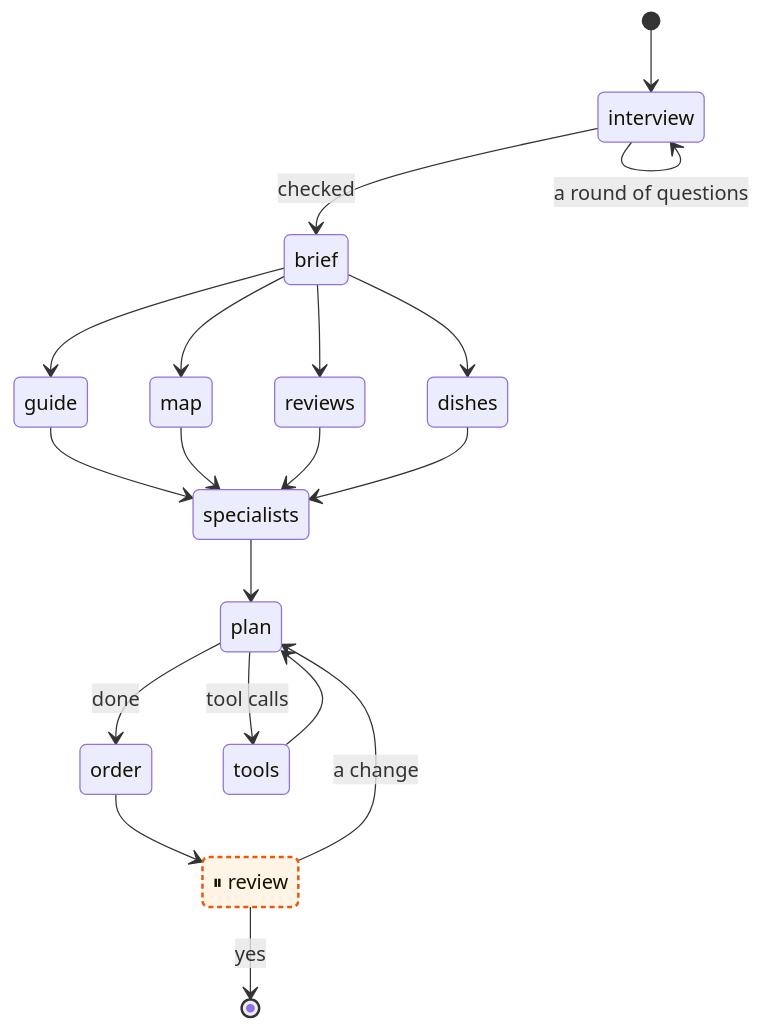
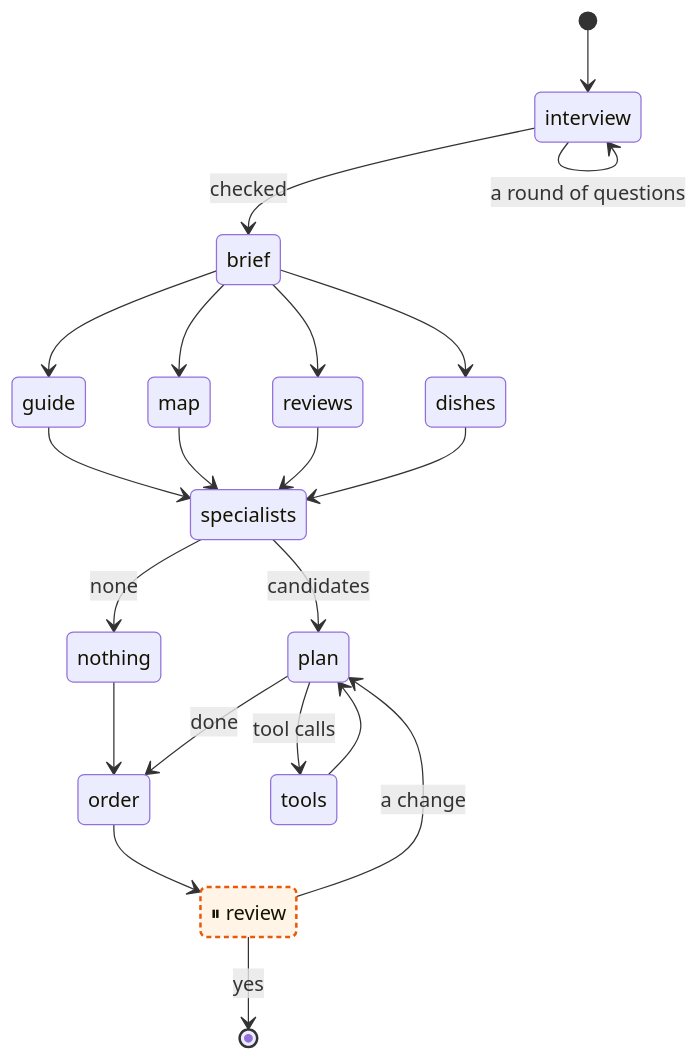
Before and after one commit to deeptelar/telar-foodie: the diagram in README.md, drawn with Mermaid. The commit also changed other lines of this file and 10 other files, not shown here.

````diff
--- a/README.md
+++ b/README.md
@@ -29,34 +29,37 @@
 ```mermaid
 stateDiagram-v2
     state "interview" as n0
     state "brief" as n1
     state "guide" as n2
     state "map" as n3
     state "reviews" as n4
     state "dishes" as n5
     state "specialists" as n6
     state "order" as n7
     state "⏸ review" as n8
-    state "plan" as n9
-    state "tools" as n10
+    state "nothing" as n9
+    state "plan" as n10
+    state "tools" as n11
     [*] --> n0
     n0 --> n0 : a round of questions
     n0 --> n1 : checked
     n1 --> n2
     n1 --> n3
     n1 --> n4
     n1 --> n5
     n2 --> n6
     n3 --> n6
     n4 --> n6
     n5 --> n6
-    n6 --> n9
+    n6 --> n10 : candidates
+    n6 --> n9 : none
     n7 --> n8
-    n8 --> n9 : a change
+    n8 --> n10 : a change
     n8 --> [*] : yes
-    n9 --> n10 : tool calls
-    n9 --> n7 : done
-    n10 --> n9
+    n9 --> n7
+    n10 --> n11 : tool calls
+    n10 --> n7 : done
+    n11 --> n10
     classDef interrupt fill:#fff4e5,stroke:#e8590c,stroke-width:2px,stroke-dasharray:4 3
     class n8 interrupt
 ```
````
